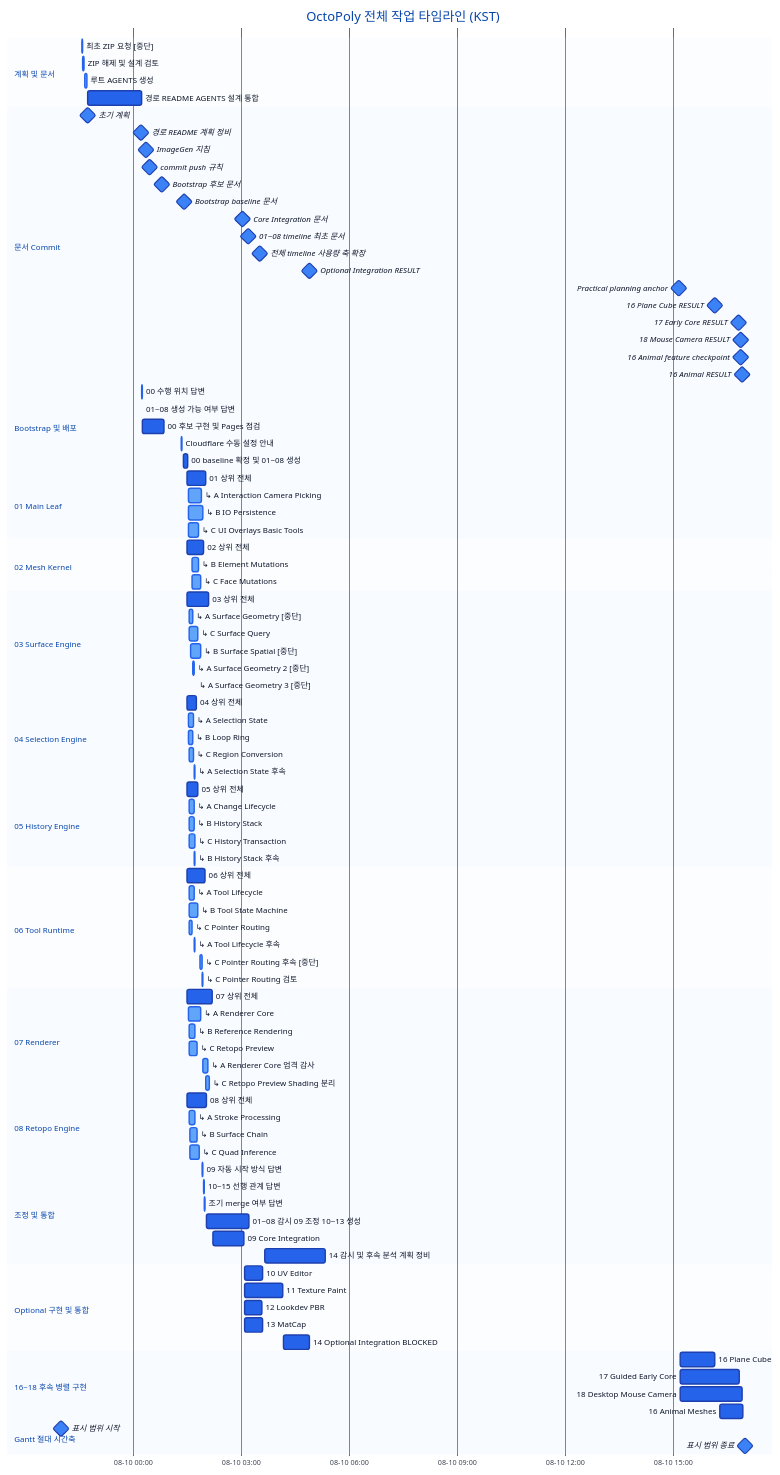
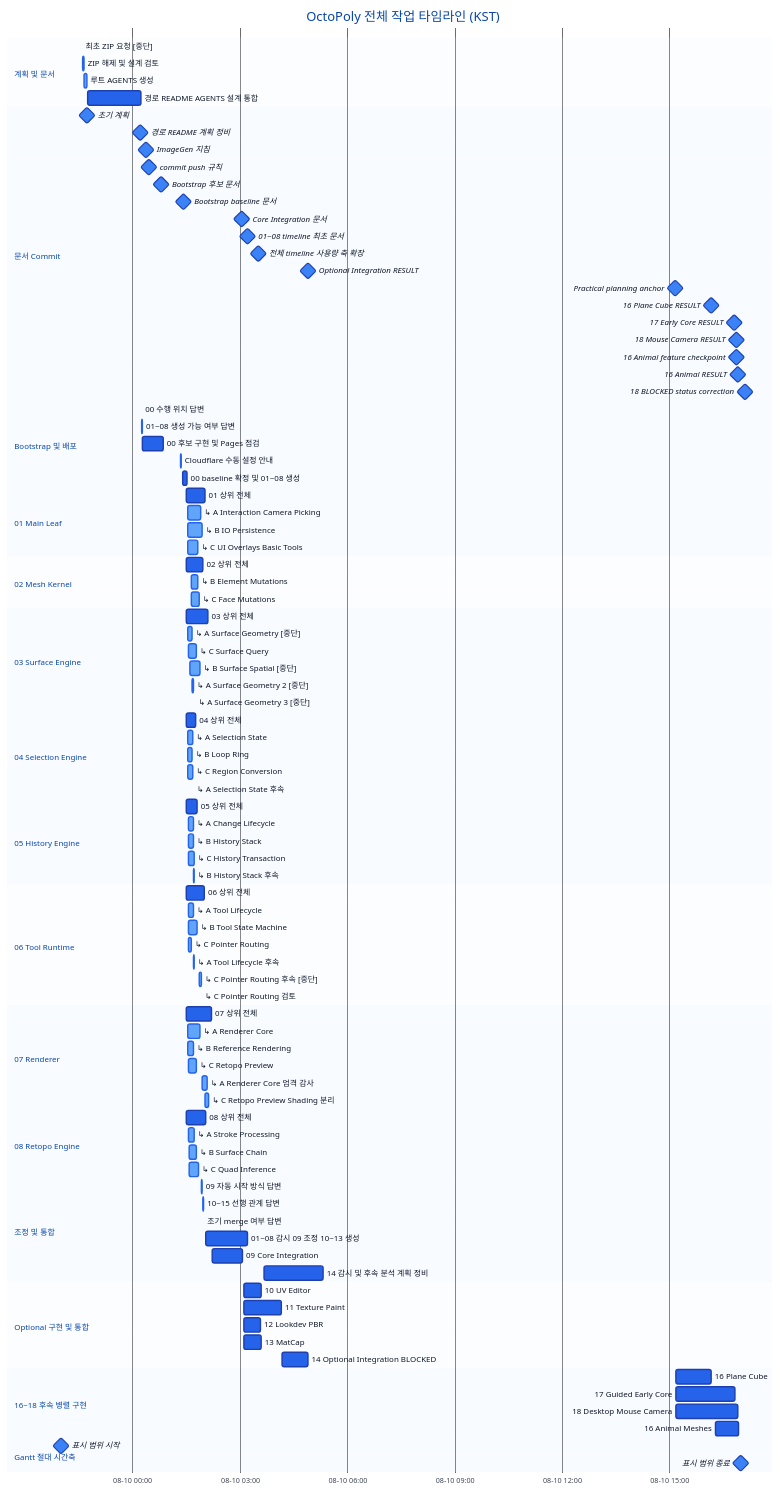
Before and after one commit to octopus7/octopoly: the diagram in docs/workplan/OCTOPOLY_TASK_TIMELINE.md, drawn with Mermaid. The commit also changed other lines of this file, not shown here.

Commit message:
[verified] docs: record desktop mouse gate status

```diff
--- a/docs/workplan/OCTOPOLY_TASK_TIMELINE.md
+++ b/docs/workplan/OCTOPOLY_TASK_TIMELINE.md
@@ -199,6 +201,7 @@
     18 Mouse Camera RESULT              :milestone, m14, 2026-08-10 16:52:35, 0s
     16 Animal feature checkpoint        :milestone, m15, 2026-08-10 16:52:52, 0s
     16 Animal RESULT                    :milestone, m16, 2026-08-10 16:54:45, 0s
+    18 BLOCKED status correction        :milestone, m17, 2026-08-10 17:06:50, 0s
 
     section Bootstrap 및 배포
     00 수행 위치 답변                   :done, q01, 2026-08-10 00:14:41, 19s
```
